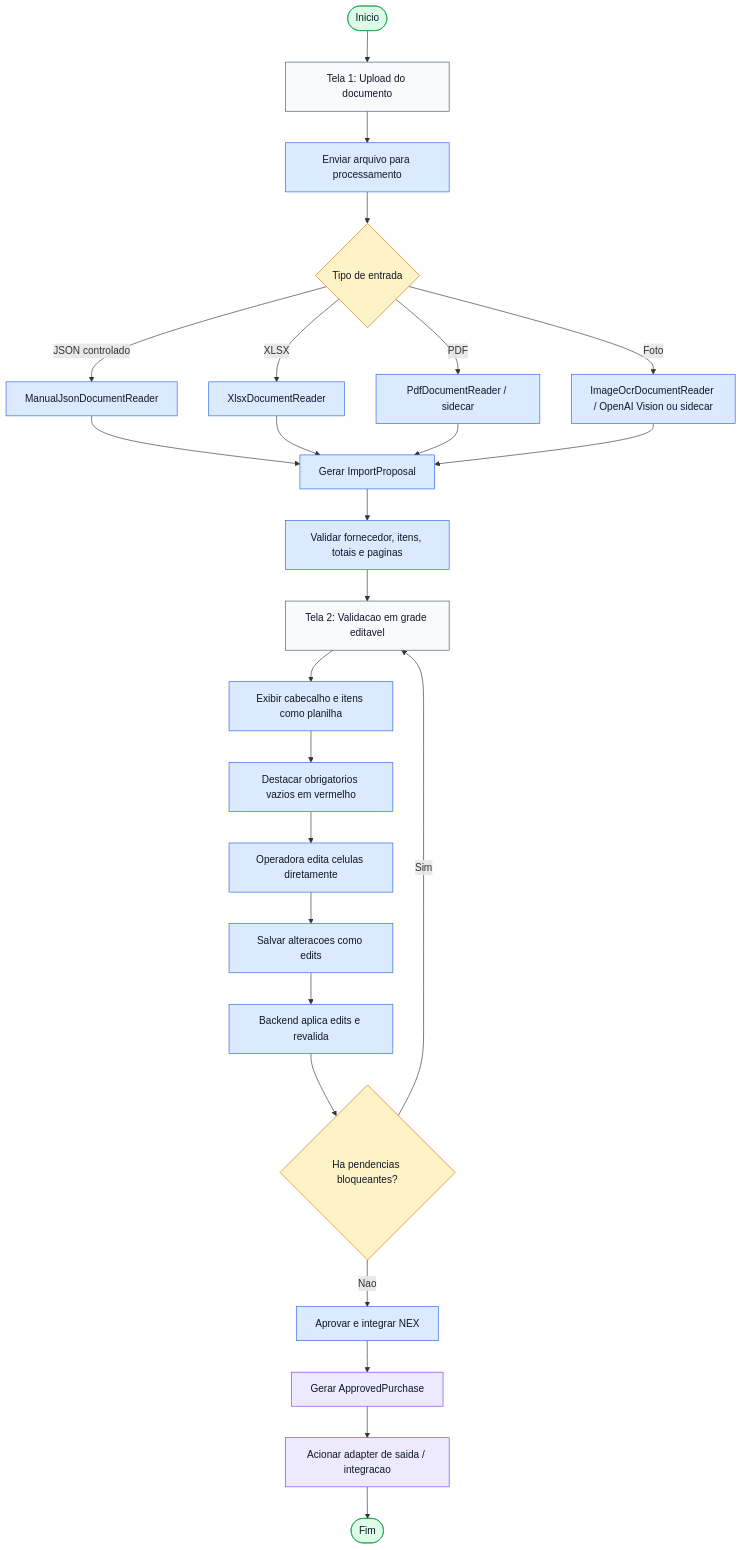
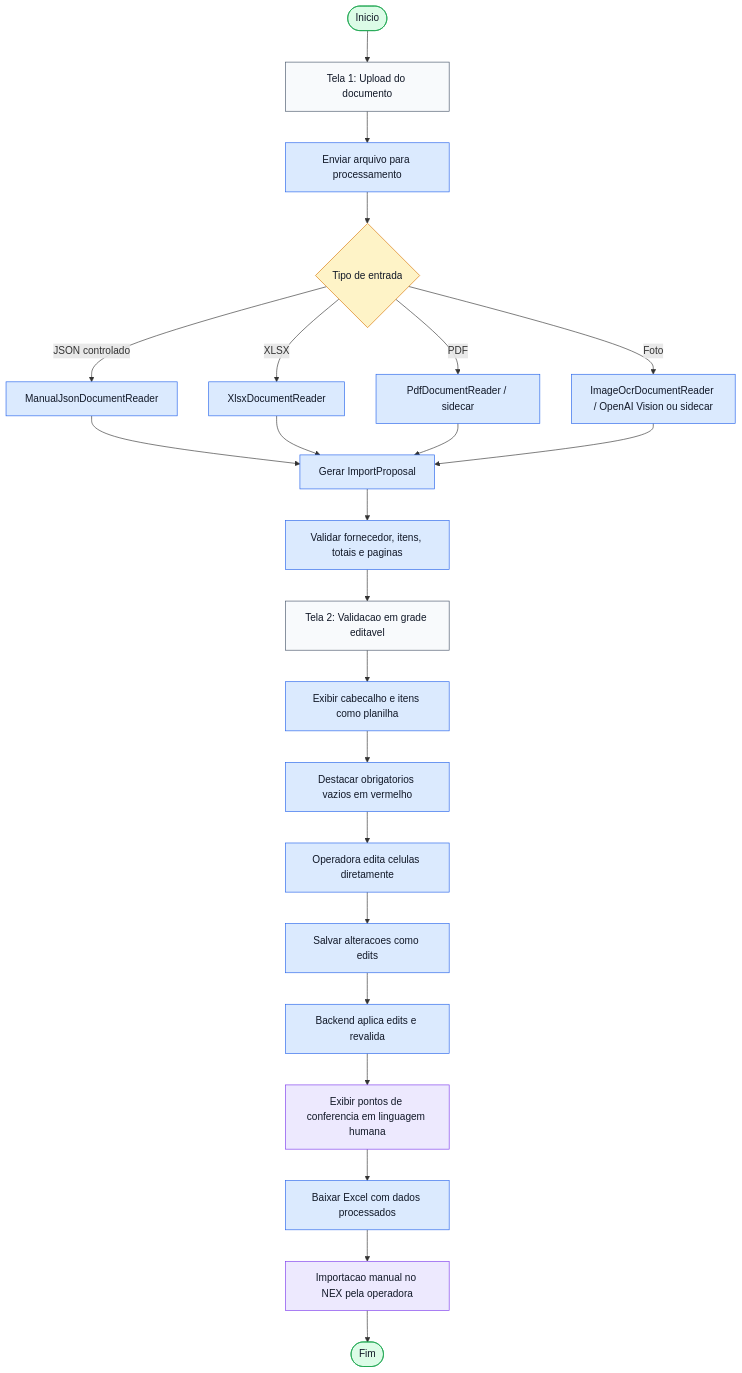
Before and after one commit to NilsonJoseMoreiraFilho/projeto-pos-importacao-nex: the diagram in docs/diagrams/05-sprint2-fluxo-revisao.mmd, drawn with Mermaid. The commit also changed 7 other files, not shown here.

Commit message:
feat: download reviewed purchase as xlsx

```diff
--- a/docs/diagrams/05-sprint2-fluxo-revisao.mmd
+++ b/docs/diagrams/05-sprint2-fluxo-revisao.mmd
@@ -1,43 +1,40 @@
 flowchart TB
     inicio([Inicio]) --> telaUpload["Tela 1: Upload do documento"]
     telaUpload --> enviar["Enviar arquivo para processamento"]
     enviar --> reader{Tipo de entrada}
 
     reader -->|JSON controlado| manual["ManualJsonDocumentReader"]
     reader -->|XLSX| xlsx["XlsxDocumentReader"]
     reader -->|PDF| pdf["PdfDocumentReader / sidecar"]
     reader -->|Foto| ocr["ImageOcrDocumentReader / OpenAI Vision ou sidecar"]
 
     manual --> proposta["Gerar ImportProposal"]
     xlsx --> proposta
     pdf --> proposta
     ocr --> proposta
 
     proposta --> validar["Validar fornecedor, itens, totais e paginas"]
     validar --> telaValidacao["Tela 2: Validacao em grade editavel"]
 
     telaValidacao --> tabela["Exibir cabecalho e itens como planilha"]
     tabela --> destacar["Destacar obrigatorios vazios em vermelho"]
     destacar --> editar["Operadora edita celulas diretamente"]
     editar --> salvar["Salvar alteracoes como edits"]
     salvar --> revalidar["Backend aplica edits e revalida"]
 
-    revalidar --> pendencias{Ha pendencias bloqueantes?}
-    pendencias -->|Sim| telaValidacao
-    pendencias -->|Nao| aprovar["Aprovar e integrar NEX"]
-
-    aprovar --> approved["Gerar ApprovedPurchase"]
-    approved --> saida["Acionar adapter de saida / integracao"]
-    saida --> fim([Fim])
+    revalidar --> pendencias["Exibir pontos de conferencia em linguagem humana"]
+    pendencias --> baixar["Baixar Excel com dados processados"]
+    baixar --> manualNex["Importacao manual no NEX pela operadora"]
+    manualNex --> fim([Fim])
 
     classDef start fill:#dcfce7,stroke:#16a34a,color:#111827;
     classDef screen fill:#f8fafc,stroke:#475569,color:#111827;
     classDef process fill:#dbeafe,stroke:#2563eb,color:#111827;
     classDef decision fill:#fef3c7,stroke:#d97706,color:#111827;
     classDef output fill:#ede9fe,stroke:#7c3aed,color:#111827;
 
     class inicio,fim start;
     class telaUpload,telaValidacao screen;
-    class enviar,manual,xlsx,pdf,ocr,proposta,validar,tabela,destacar,editar,salvar,revalidar,aprovar process;
-    class reader,pendencias decision;
-    class approved,saida output;
+    class enviar,manual,xlsx,pdf,ocr,proposta,validar,tabela,destacar,editar,salvar,revalidar,baixar process;
+    class reader decision;
+    class pendencias,manualNex output;
```
